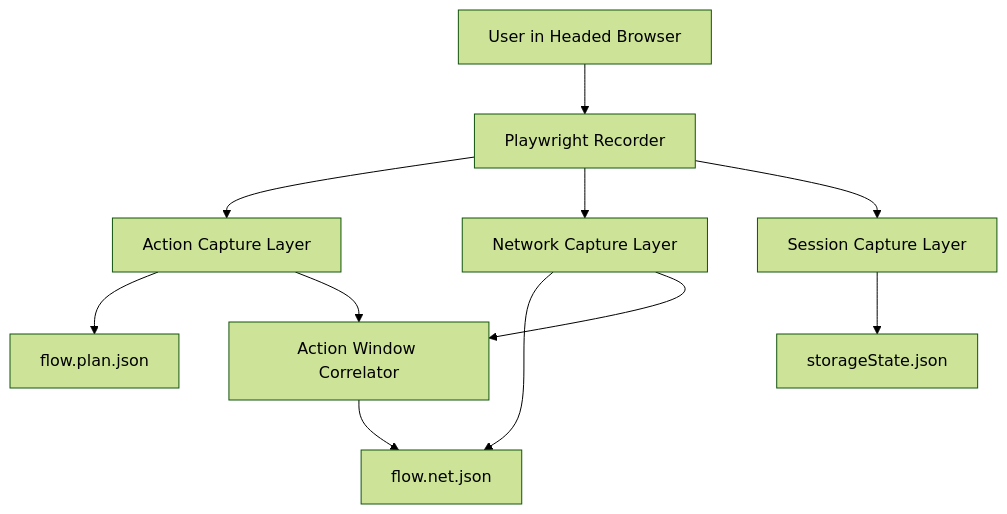
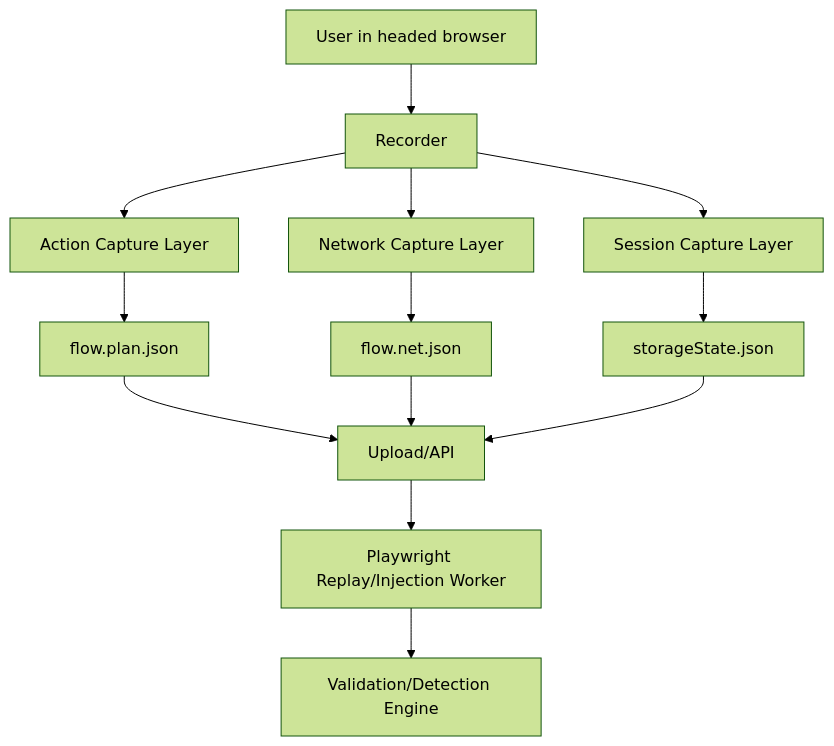
The diagram in docs/branchhub/playwright-for-pen-testing/modules/001-recorder-architecture.md (BranchHub-HQ/branchhub-publicrepo), drawn with Mermaid (forest theme) before and after one commit. The commit also changed other lines of this file, not shown here.

Commit message:
docs: add Playwright for Pen Testing

````diff
--- a/docs/branchhub/playwright-for-pen-testing/modules/001-recorder-architecture.md
+++ b/docs/branchhub/playwright-for-pen-testing/modules/001-recorder-architecture.md
@@ -41,15 +24,18 @@
 ```mermaid
 graph TD
-    U[User in Headed Browser] --> P[Playwright Recorder]
-    P --> A[Action Capture Layer]
-    P --> N[Network Capture Layer]
-    P --> S[Session Capture Layer]
+    U[User in headed browser] --> R[Recorder]
+    R --> A[Action Capture Layer]
+    R --> N[Network Capture Layer]
+    R --> S[Session Capture Layer]
 
     A --> FP[flow.plan.json]
     N --> FN[flow.net.json]
     S --> SS[storageState.json]
 
-    A --> C[Action Window Correlator]
-    N --> C
-    C --> FN
+    FP --> UP[Upload/API]
+    FN --> UP
+    SS --> UP
+
+    UP --> W[Playwright Replay/Injection Worker]
+    W --> V[Validation/Detection Engine]
 ```
````
